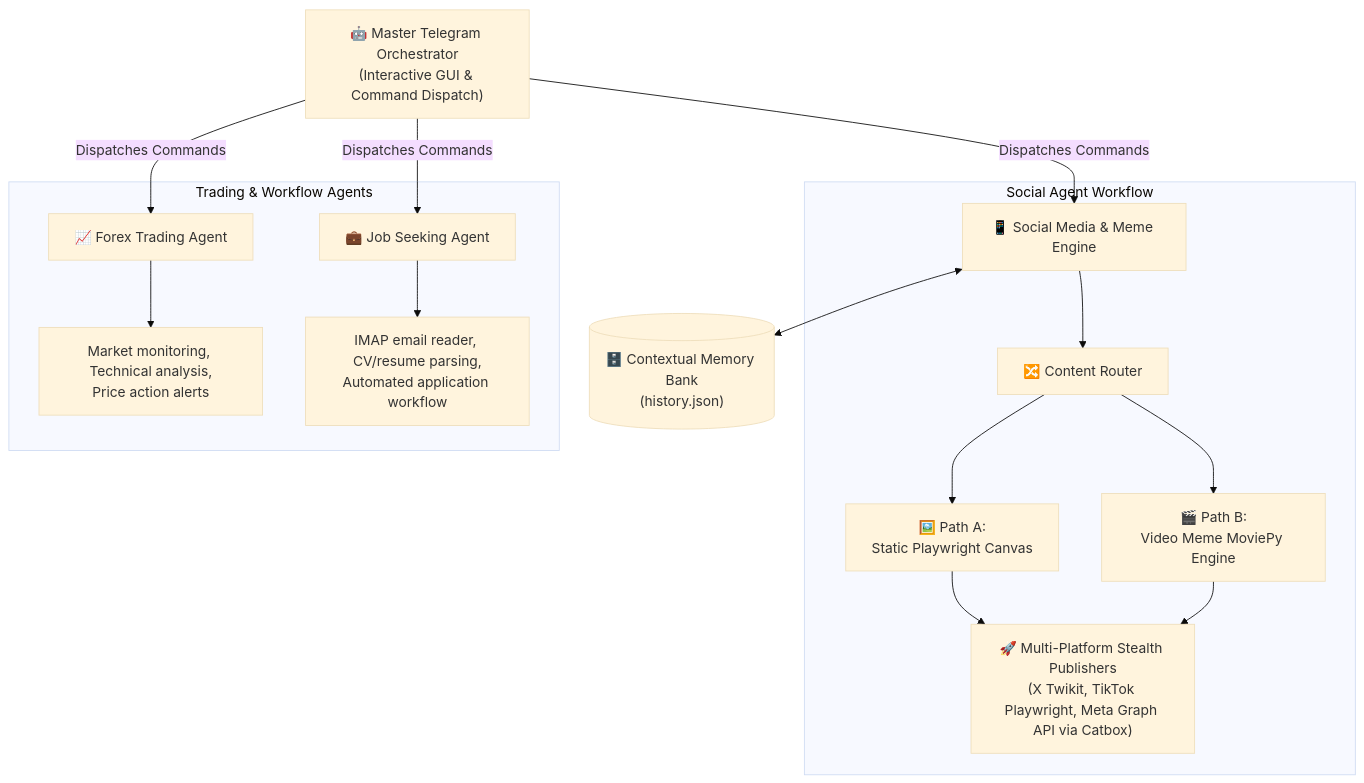
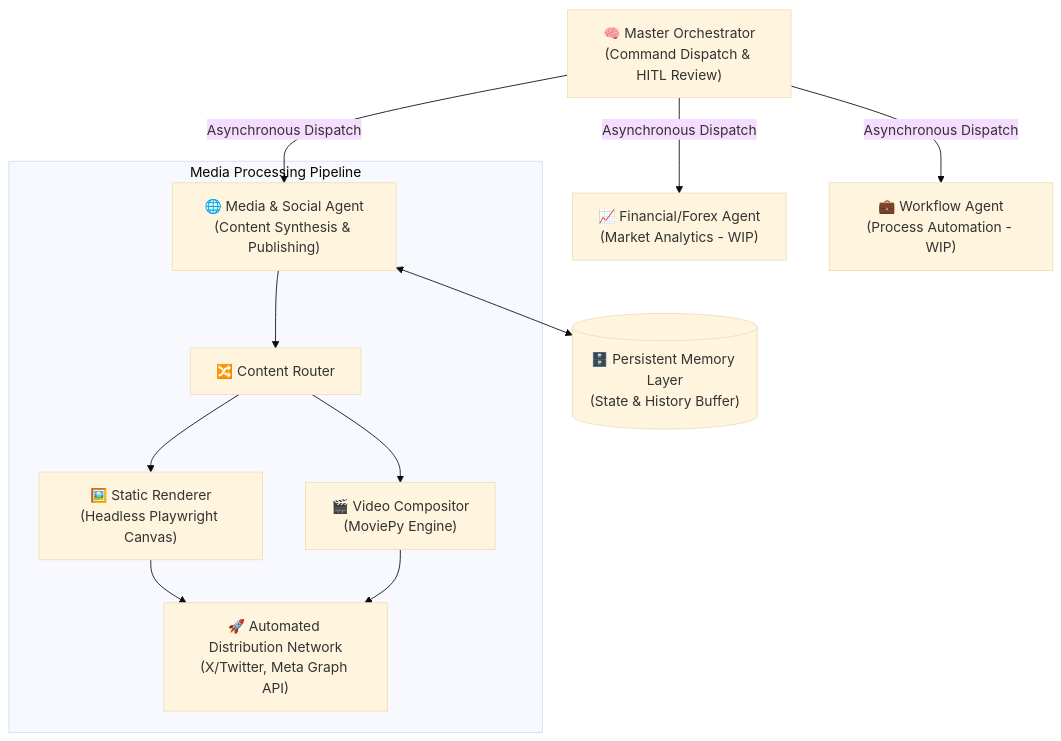
The diagram in README.md (charleswereangoye/chronos), drawn with Mermaid (base theme) before and after one commit. The commit also changed other lines of this file, not shown here.

````diff
--- a/README.md
+++ b/README.md
@@ -37,46 +41,37 @@
 ```mermaid
 graph TD
     %% Main Components
-    MO["🤖 Master Telegram Orchestrator<br/>(Interactive GUI & Command Dispatch)"]
+    MO["🧠 Master Orchestrator<br/>(Command Dispatch & HITL Review)"]
     
     %% Sub-Agents
-    SA["📱 Social Media & Meme Engine"]
-    FA["📈 Forex Trading Agent"]
-    JA["💼 Job Seeking Agent"]
+    SA["🌐 Media & Social Agent<br/>(Content Synthesis & Publishing)"]
+    FA["📈 Financial/Forex Agent<br/>(Market Analytics - WIP)"]
+    JA["💼 Workflow Agent<br/>(Process Automation - WIP)"]
 
-    MO -- "Dispatches Commands" --> SA
-    MO -- "Dispatches Commands" --> FA
-    MO -- "Dispatches Commands" --> JA
+    MO -- "Asynchronous Dispatch" --> SA
+    MO -- "Asynchronous Dispatch" --> FA
+    MO -- "Asynchronous Dispatch" --> JA
 
     %% Memory Module
-    MEM[("🗄️ Contextual Memory Bank<br/>(history.json)")]
+    MEM[("🗄️ Persistent Memory Layer<br/>(State & History Buffer)")]
     SA <--> MEM
 
     %% Social Agent Internal Flow
-    subgraph "Social Agent Workflow"
+    subgraph "Media Processing Pipeline"
         CR["🔀 Content Router"]
         SA --> CR
         
         %% Paths
-        PathA["🖼️ Path A:<br/>Static Playwright Canvas"]
-        PathB["🎬 Path B:<br/>Video Meme MoviePy Engine"]
+        PathA["🖼️ Static Renderer<br/>(Headless Playwright Canvas)"]
+        PathB["🎬 Video Compositor<br/>(MoviePy Engine)"]
         
         CR --> PathA
         CR --> PathB
         
         %% Publishers
-        Pubs["🚀 Multi-Platform Stealth Publishers<br/>(X Twikit, TikTok Playwright, Meta Graph API via Catbox)"]
+        Pubs["🚀 Automated Distribution Network<br/>(X/Twitter, Meta Graph API)"]
         
         PathA --> Pubs
         PathB --> Pubs
     end
-    
-    %% Other Agents
-    subgraph "Trading & Workflow Agents"
-        FA_Sub["Market monitoring, Technical analysis,<br/>Price action alerts"]
-        FA --> FA_Sub
-        
-        JA_Sub["IMAP email reader, CV/resume parsing,<br/>Automated application workflow"]
-        JA --> JA_Sub
-    end
 ```
````
